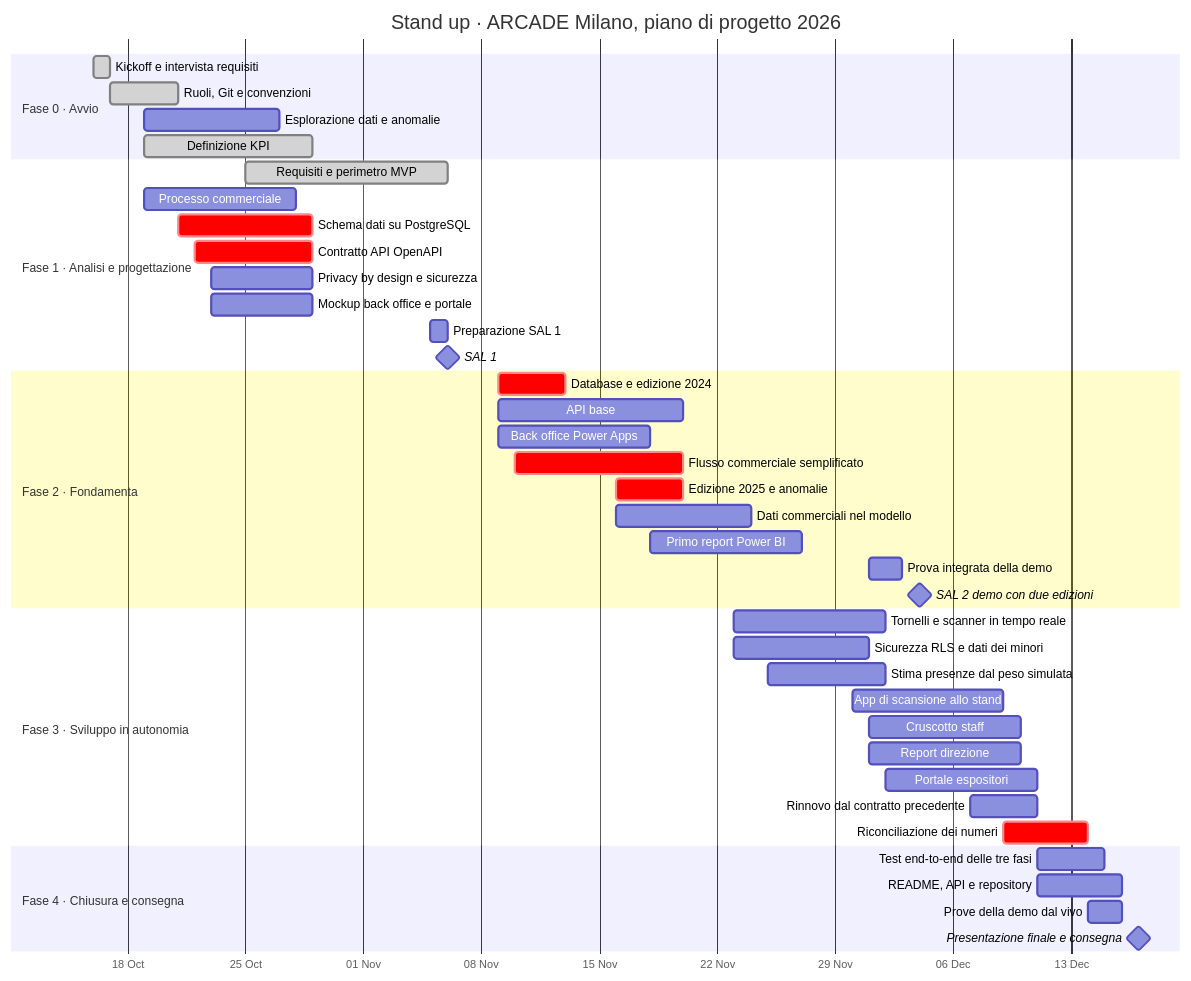
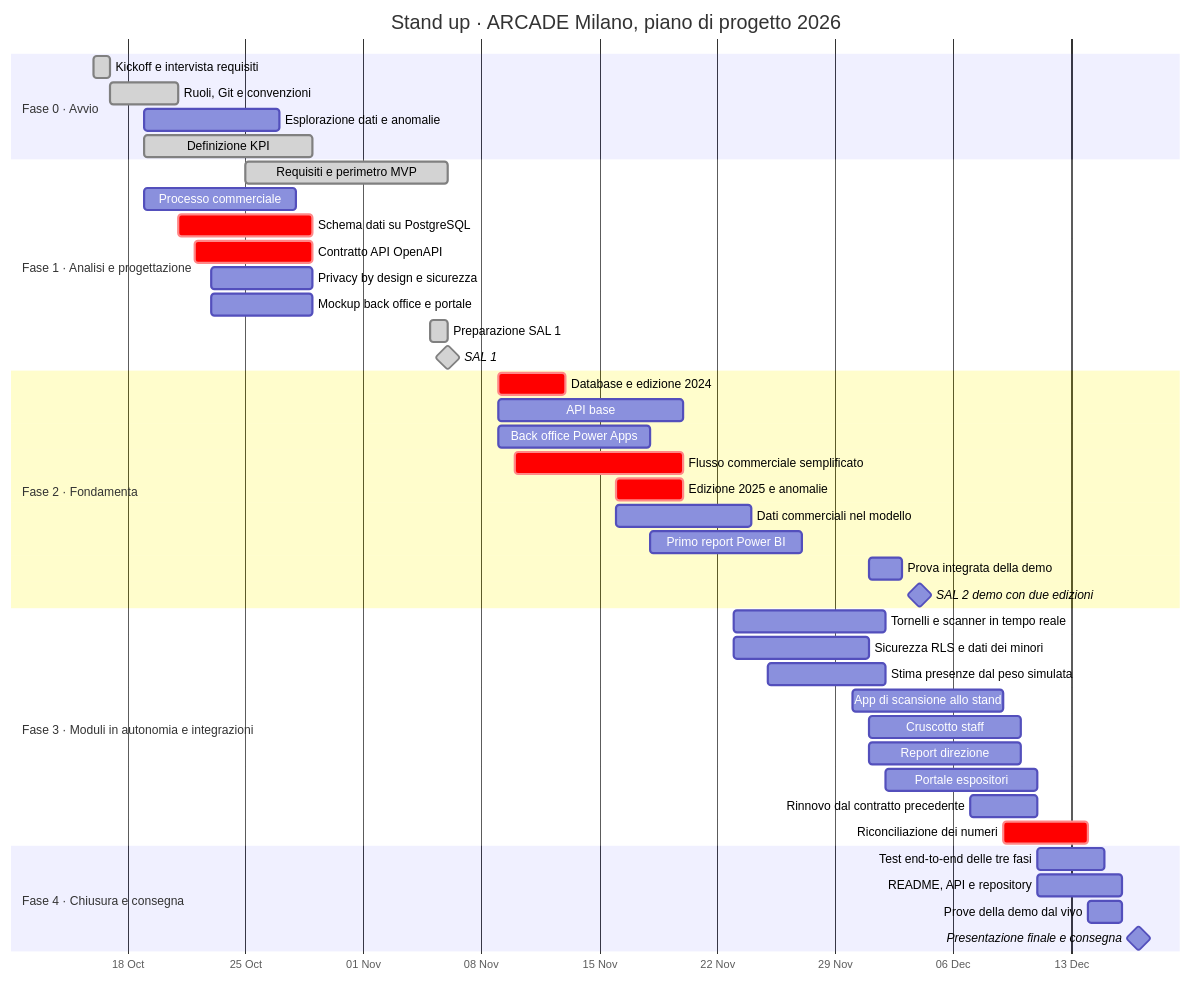
The fifth of 5 diagrams in README.md (stand-up-arcade-milan/Standup-platform), drawn with Mermaid before and after one commit. The commit also changed other lines of this file, not shown here.

Commit message:
docs: README con modello ER, struttura del repository e stato del progetto

````diff
--- a/README.md
+++ b/README.md
@@ -394,50 +403,50 @@
 ```mermaid
 gantt
     title Stand up · ARCADE Milano, piano di progetto 2026
     dateFormat YYYY-MM-DD
     axisFormat %d %b
 
     section Fase 0 · Avvio
     Kickoff e intervista requisiti        :done, a1, 2026-10-16, 1d
     Ruoli, Git e convenzioni              :done, a2, 2026-10-17, 2026-10-21
     Esplorazione dati e anomalie          :a3, 2026-10-19, 2026-10-27
     Definizione KPI                       :done, a4, 2026-10-19, 2026-10-29
 
     section Fase 1 · Analisi e progettazione
     Requisiti e perimetro MVP             :done, b0, 2026-10-25, 2026-11-06
     Processo commerciale                  :b1, 2026-10-19, 2026-10-28
     Schema dati su PostgreSQL             :crit, b2, 2026-10-21, 2026-10-29
     Contratto API OpenAPI                 :crit, b3, 2026-10-22, 2026-10-29
     Privacy by design e sicurezza         :b4, 2026-10-23, 2026-10-29
     Mockup back office e portale          :b5, 2026-10-23, 2026-10-29
-    Preparazione SAL 1                    :b6, 2026-11-05, 2026-11-06
-    SAL 1                                 :milestone, m1, 2026-11-06, 0d
+    Preparazione SAL 1                    :done, b6, 2026-11-05, 2026-11-06
+    SAL 1                                 :done, milestone, m1, 2026-11-06, 0d
 
     section Fase 2 · Fondamenta
     Database e edizione 2024              :crit, c1, 2026-11-09, 2026-11-13
     API base                              :c3, 2026-11-09, 2026-11-20
     Back office Power Apps                :c4, 2026-11-09, 2026-11-18
     Flusso commerciale semplificato       :crit, c5, 2026-11-10, 2026-11-20
     Edizione 2025 e anomalie              :crit, c2, 2026-11-16, 2026-11-20
     Dati commerciali nel modello          :c7, 2026-11-16, 2026-11-24
     Primo report Power BI                 :c6, 2026-11-18, 2026-11-27
     Prova integrata della demo            :c8, 2026-12-01, 2026-12-03
     SAL 2 demo con due edizioni           :milestone, m3, 2026-12-04, 0d
 
-    section Fase 3 · Sviluppo in autonomia
+    section Fase 3 · Moduli in autonomia e integrazioni
     Tornelli e scanner in tempo reale     :d1, 2026-11-23, 2026-12-02
     Sicurezza RLS e dati dei minori       :d5, 2026-11-23, 2026-12-01
     Stima presenze dal peso simulata      :d9, 2026-11-25, 2026-12-02
     App di scansione allo stand           :d2, 2026-11-30, 2026-12-09
     Cruscotto staff                       :d3, 2026-12-01, 2026-12-10
     Report direzione                      :d4, 2026-12-01, 2026-12-10
     Portale espositori                    :d6, 2026-12-02, 2026-12-11
     Rinnovo dal contratto precedente      :d7, 2026-12-07, 2026-12-11
     Riconciliazione dei numeri            :crit, d8, 2026-12-09, 2026-12-14
 
     section Fase 4 · Chiusura e consegna
     Test end-to-end delle tre fasi        :e1, 2026-12-11, 2026-12-15
     README, API e repository              :e2, 2026-12-11, 2026-12-16
     Prove della demo dal vivo             :e3, 2026-12-14, 2026-12-16
     Presentazione finale e consegna       :milestone, m4, 2026-12-17, 0d
 ```
````
